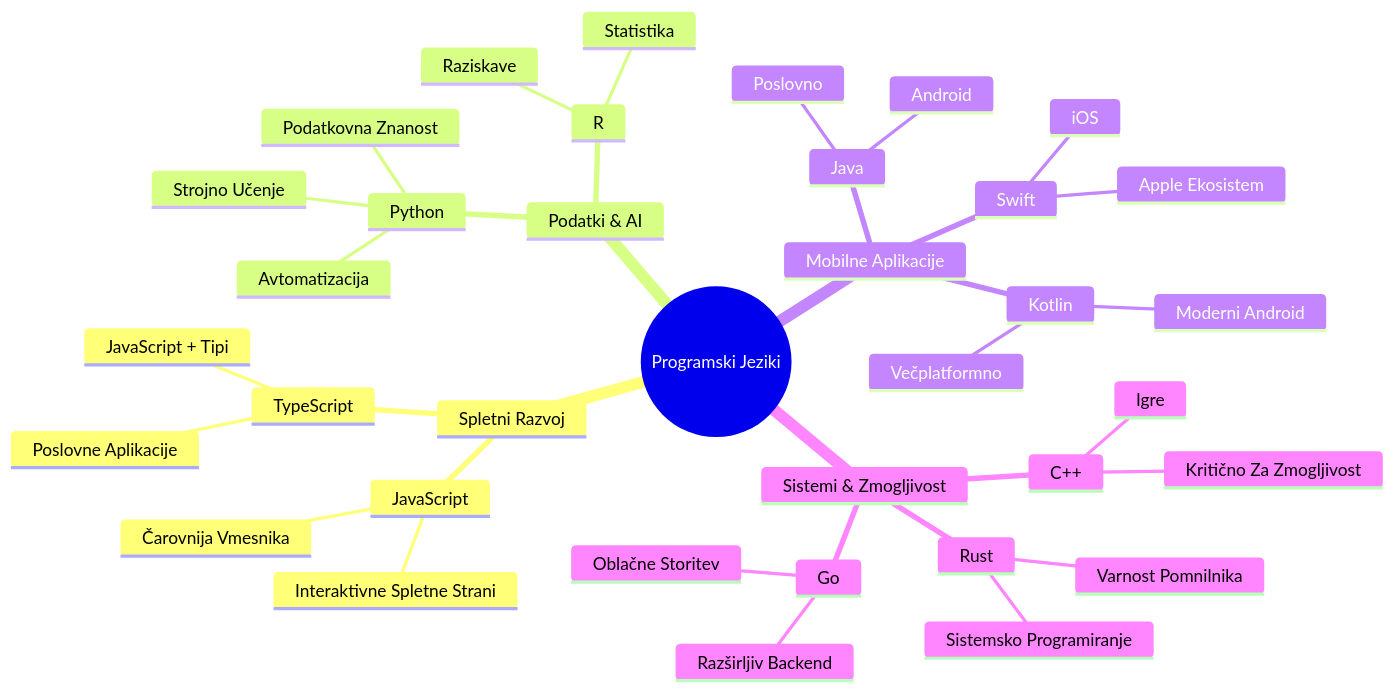
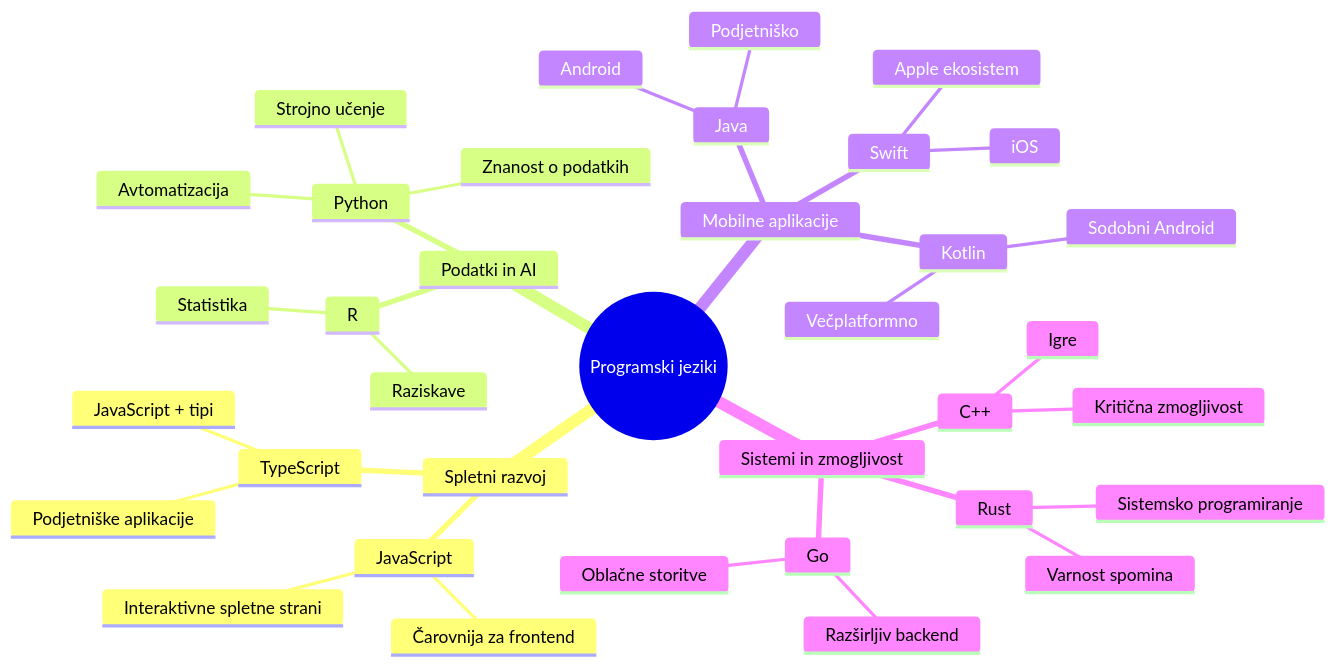
One commit to microsoft/Web-Dev-For-Beginners changed the second of 7 diagrams in translations/sl/1-getting-started-lessons/1-intro-to-programming-languages/README.md. Above: the diagram before and after it, drawn with Mermaid. The commit also changed other lines of this file and 11 other files, not shown here.

````diff
--- a/translations/sl/1-getting-started-lessons/1-intro-to-programming-languages/README.md
+++ b/translations/sl/1-getting-started-lessons/1-intro-to-programming-languages/README.md
@@ -85,39 +85,39 @@
 ```mermaid
 mindmap
-  root((Programski Jeziki))
-    Spletni Razvoj
+  root((Programski jeziki))
+    Spletni razvoj
       JavaScript
-        Čarovnija Vmesnika
-        Interaktivne Spletne Strani
+        Čarovnija za frontend
+        Interaktivne spletne strani
       TypeScript
-        JavaScript + Tipi
-        Poslovne Aplikacije
-    Podatki & AI
+        JavaScript + tipi
+        Podjetniške aplikacije
+    Podatki in AI
       Python
-        Podatkovna Znanost
-        Strojno Učenje
+        Znanost o podatkih
+        Strojno učenje
         Avtomatizacija
       R
         Statistika
         Raziskave
-    Mobilne Aplikacije
+    Mobilne aplikacije
       Java
         Android
-        Poslovno
+        Podjetniško
       Swift
         iOS
-        Apple Ekosistem
+        Apple ekosistem
       Kotlin
-        Moderni Android
+        Sodobni Android
         Večplatformno
-    Sistemi & Zmogljivost
+    Sistemi in zmogljivost
       C++
         Igre
-        Kritično Za Zmogljivost
+        Kritična zmogljivost
       Rust
-        Varnost Pomnilnika
-        Sistemsko Programiranje
+        Varnost spomina
+        Sistemsko programiranje
       Go
-        Oblačne Storitev
-        Razširljiv Backend
+        Oblačne storitve
+        Razširljiv backend
 ```
````
